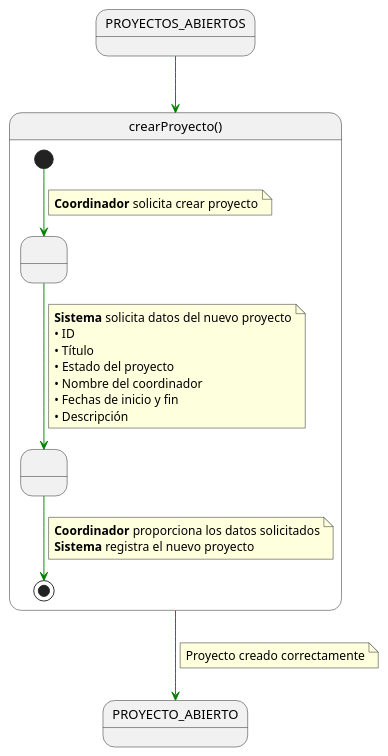
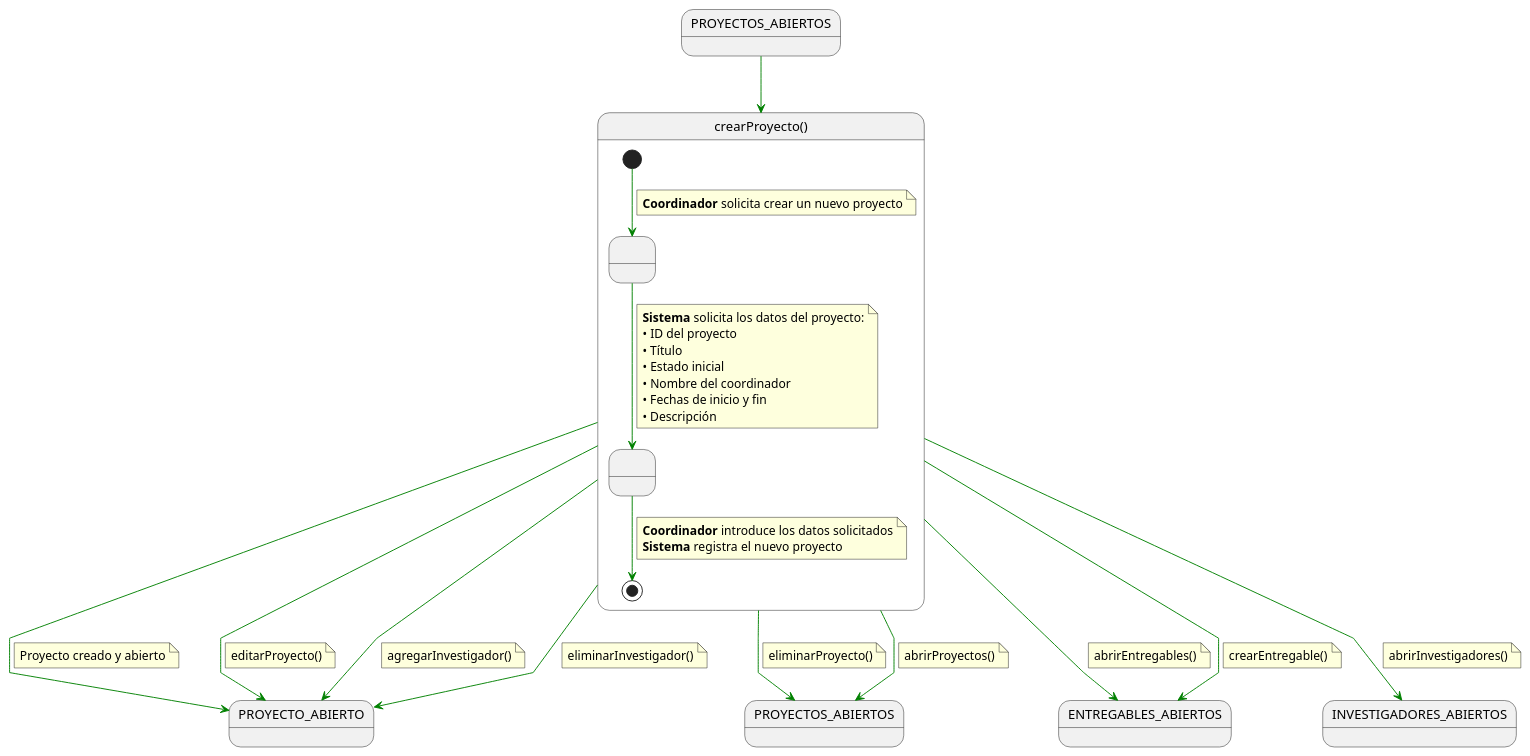
Before and after one commit to 31Diego/25-26-IdSw1-SdR: the diagram in documents/casosDeUso/detalle/coordinador/02-gestion-proyectos/crearProyecto/crearProyecto.puml, drawn with PlantUML. The commit also changed 69 other files, not shown here.

```diff
--- a/documents/casosDeUso/detalle/coordinador/02-gestion-proyectos/crearProyecto/crearProyecto.puml
+++ b/documents/casosDeUso/detalle/coordinador/02-gestion-proyectos/crearProyecto/crearProyecto.puml
@@ -1,40 +1,80 @@
 @startuml crearProyecto
-
 skinparam linetype polyline
 
-PROYECTOS_ABIERTOS -[#green]-> crearProyecto
+state in1 as "PROYECTOS_ABIERTOS"
+in1 -[#green]-> crearProyecto
 
 state crearProyecto as "crearProyecto()" {
 
     state " " as SolicitandoDatos
-    state " " as CreandoProyecto
+    state " " as RegistrandoProyecto
 
     [*] -[#green]-> SolicitandoDatos
     note on link
-    <b>Coordinador</b> solicita crear proyecto
+    <b>Coordinador</b> solicita crear un nuevo proyecto
     end note
 
-    SolicitandoDatos -[#green]-> CreandoProyecto
+    SolicitandoDatos -[#green]-> RegistrandoProyecto
     note on link
-    <b>Sistema</b> solicita datos del nuevo proyecto
-    • ID
+    <b>Sistema</b> solicita los datos del proyecto:
+    • ID del proyecto
     • Título
-    • Estado del proyecto
+    • Estado inicial
     • Nombre del coordinador
     • Fechas de inicio y fin
     • Descripción
     end note
 
-    CreandoProyecto -[#green]-> [*]
+    RegistrandoProyecto -[#green]-> [*]
     note on link
-    <b>Coordinador</b> proporciona los datos solicitados
+    <b>Coordinador</b> introduce los datos solicitados
     <b>Sistema</b> registra el nuevo proyecto
     end note
 }
 
 crearProyecto -[#green]-> PROYECTO_ABIERTO
 note on link
-Proyecto creado correctamente
+Proyecto creado y abierto
+end note
+
+crearProyecto -[#green]-> PROYECTO_ABIERTO
+note on link
+editarProyecto()
+end note
+
+crearProyecto -[#green]-> PROYECTOS_ABIERTOS
+note on link
+eliminarProyecto()
+end note
+
+crearProyecto -[#green]-> PROYECTO_ABIERTO
+note on link
+agregarInvestigador()
+end note
+
+crearProyecto -[#green]-> PROYECTO_ABIERTO
+note on link
+eliminarInvestigador()
+end note
+
+crearProyecto -[#green]-> ENTREGABLES_ABIERTOS
+note on link
+abrirEntregables()
+end note
+
+crearProyecto -[#green]-> ENTREGABLES_ABIERTOS
+note on link
+crearEntregable()
+end note
+
+crearProyecto -[#green]-> INVESTIGADORES_ABIERTOS
+note on link
+abrirInvestigadores()
+end note
+
+crearProyecto -[#green]-> PROYECTOS_ABIERTOS
+note on link
+abrirProyectos()
 end note
 
 @enduml
```
